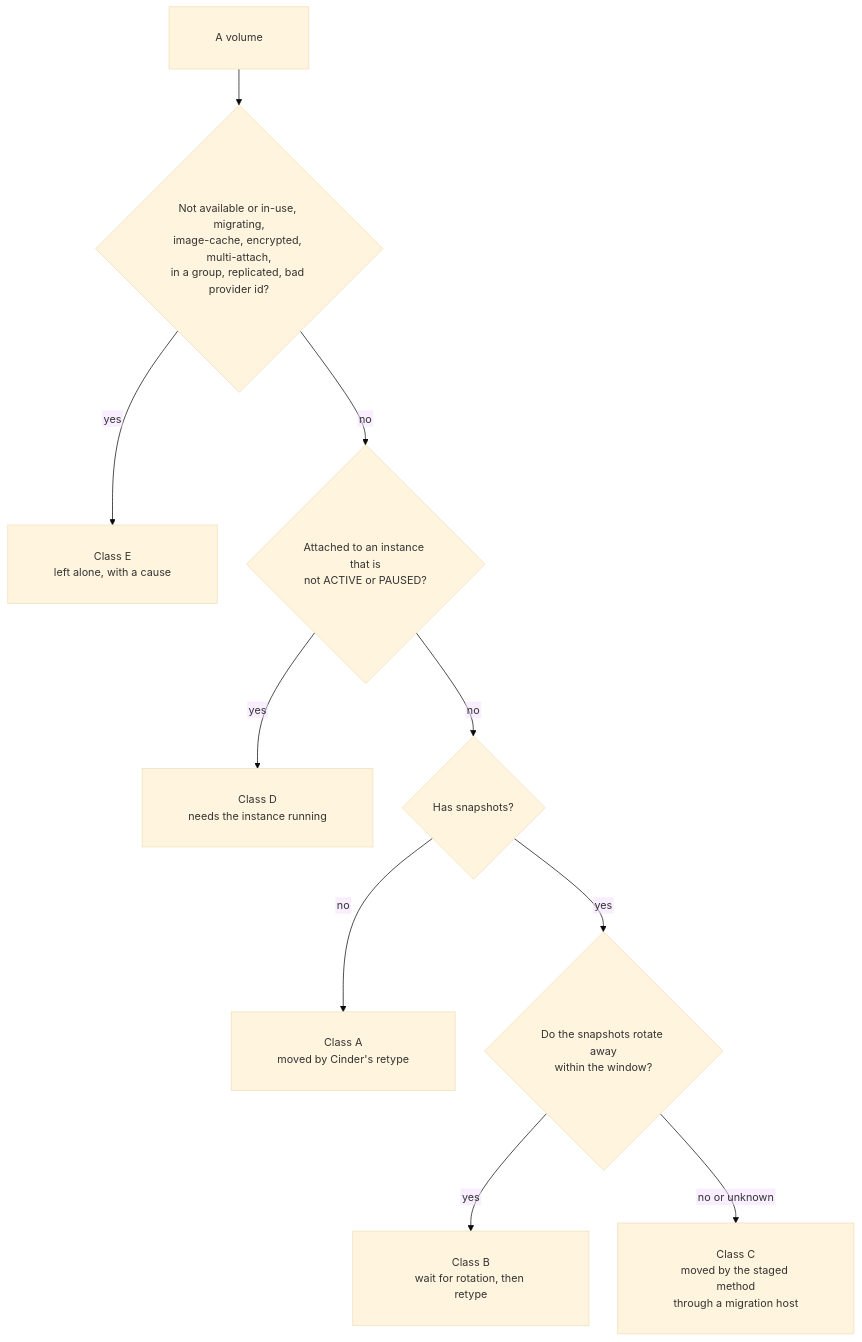
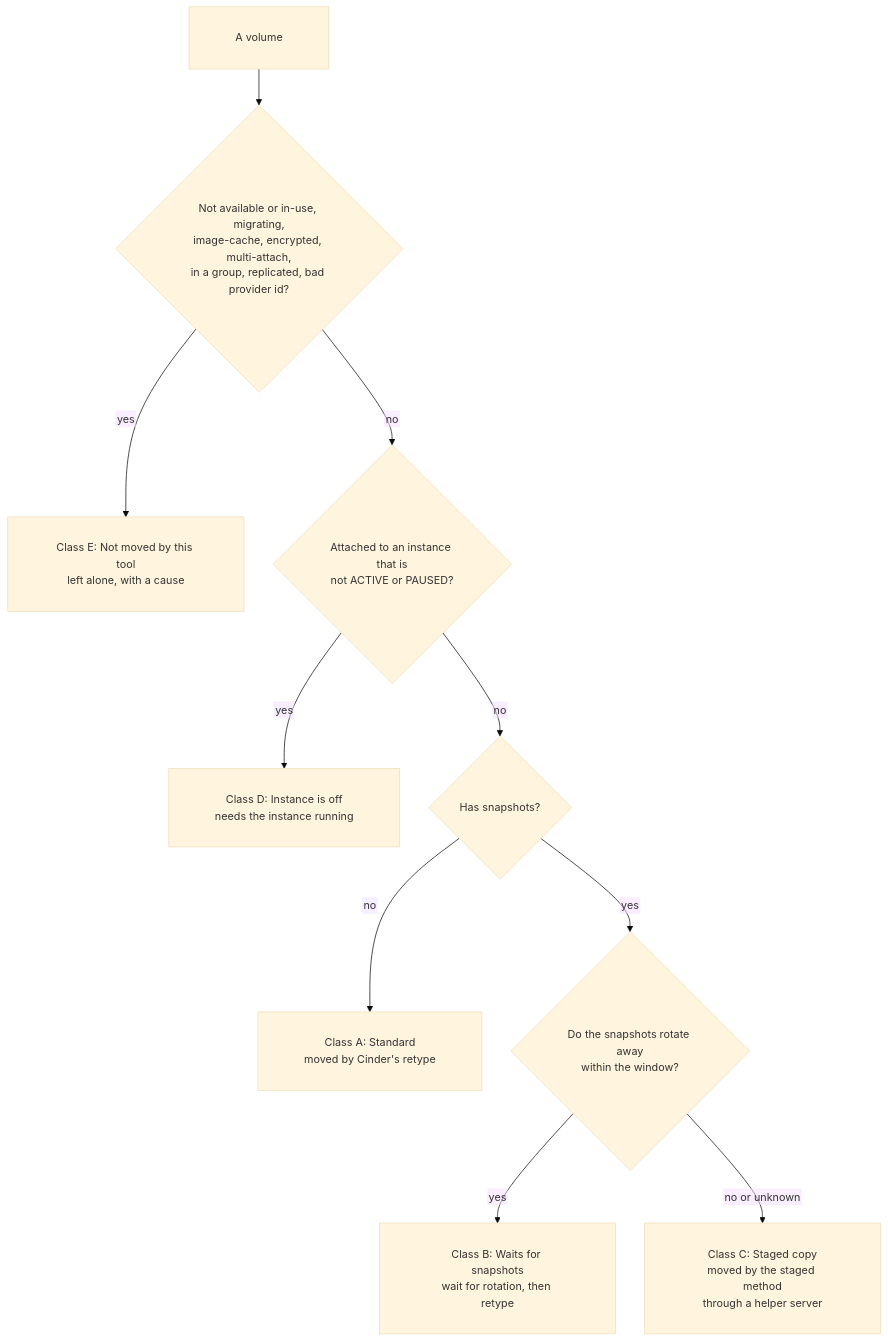
Before and after one commit to ebeauzec/OpenMove: the third of 5 diagrams in docs/WALKTHROUGH.md, drawn with Mermaid. The commit also changed other lines of this file and 54 other files, not shown here.

Commit message:
OpenMove 0.13.0: Migration host configuration from the interface; documentation and screenshots updated

````diff
--- a/docs/WALKTHROUGH.md
+++ b/docs/WALKTHROUGH.md
@@ -123,13 +121,13 @@
 ```mermaid
 %%{init: {"theme": "base", "fontFamily": "Arial, Helvetica, sans-serif", "themeVariables": {"fontSize": "15px"}, "flowchart": {"htmlLabels": false, "padding": 32, "nodeSpacing": 40, "rankSpacing": 50}}}%%
 flowchart TD
     V["A volume"] --> Q1{"Not available or in-use, migrating,<br/>image-cache, encrypted, multi-attach,<br/>in a group, replicated, bad provider id?"}
-    Q1 -->|yes| E["Class E<br/>left alone, with a cause"]
+    Q1 -->|yes| E["Class E: Not moved by this tool<br/>left alone, with a cause"]
     Q1 -->|no| Q2{"Attached to an instance that is<br/>not ACTIVE or PAUSED?"}
-    Q2 -->|yes| D["Class D<br/>needs the instance running"]
+    Q2 -->|yes| D["Class D: Instance is off<br/>needs the instance running"]
     Q2 -->|no| Q3{"Has snapshots?"}
-    Q3 -->|no| A["Class A<br/>moved by Cinder's retype"]
+    Q3 -->|no| A["Class A: Standard<br/>moved by Cinder's retype"]
     Q3 -->|yes| Q4{"Do the snapshots rotate away<br/>within the window?"}
-    Q4 -->|yes| B["Class B<br/>wait for rotation, then retype"]
-    Q4 -->|no or unknown| C["Class C<br/>moved by the staged method<br/>through a migration host"]
+    Q4 -->|yes| B["Class B: Waits for snapshots<br/>wait for rotation, then retype"]
+    Q4 -->|no or unknown| C["Class C: Staged copy<br/>moved by the staged method<br/>through a helper server"]
 ```
````
